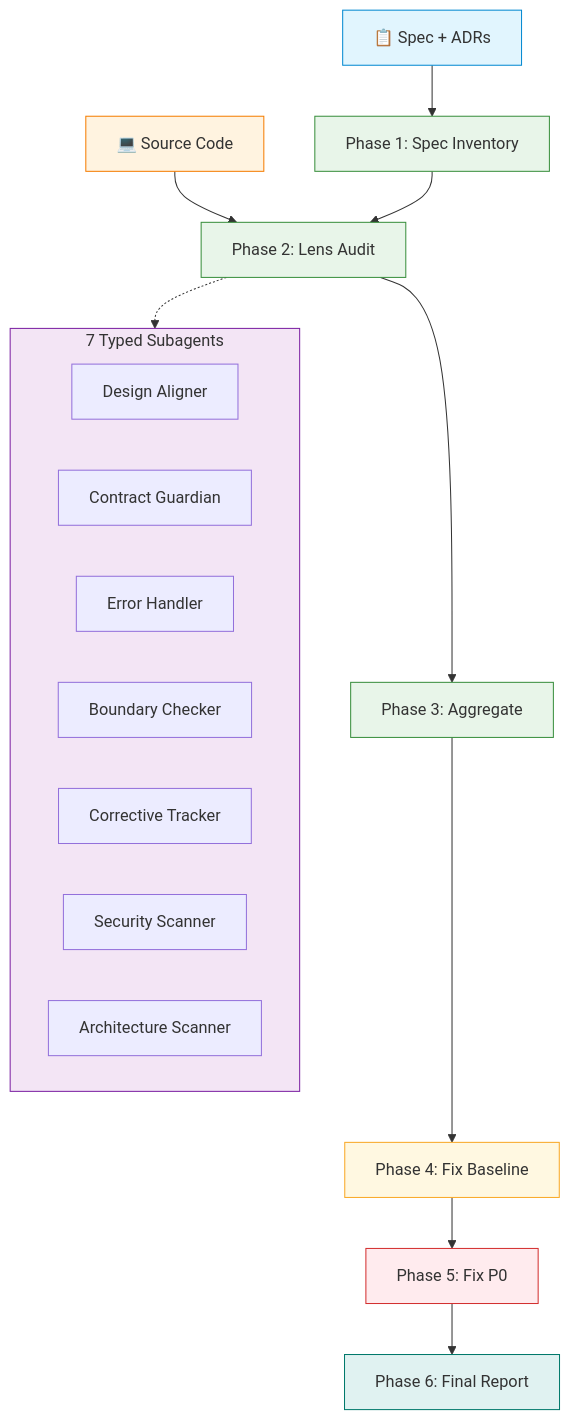
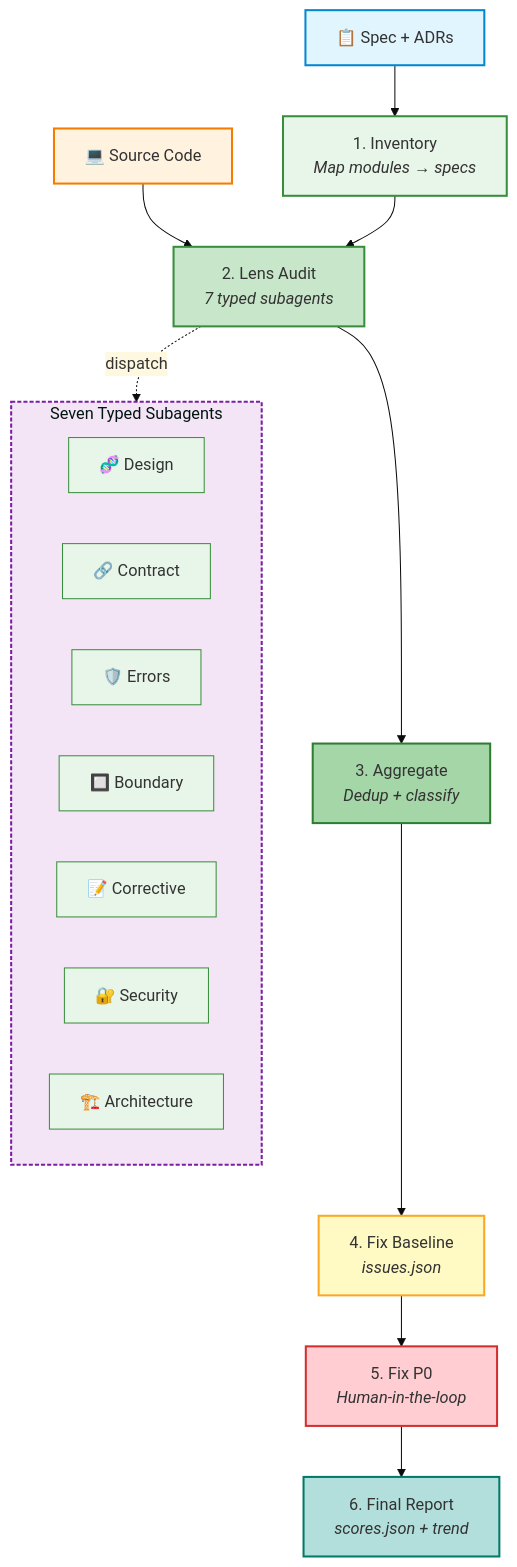
Before and after one commit to StormstoutLau/audit-driven-development: the third of 5 diagrams in README.md, drawn with Mermaid. The commit also changed other lines of this file, not shown here.

First line of the commit message:
docs(v1.0): README huashu-design visual optimization pass

````diff
--- a/README.md
+++ b/README.md
@@ -83,31 +152,43 @@
 ```mermaid
+---
+config:
+  theme: base
+  themeVariables:
+    primaryColor: "#e8f5e9"
+    primaryBorderColor: "#388e3c"
+    secondaryColor: "#fff8e1"
+    secondaryBorderColor: "#f9a825"
+    tertiaryColor: "#ffebee"
+    tertiaryBorderColor: "#d32f2f"
+---
 flowchart TB
-    S["📋 Spec + ADRs"] --> P1["Phase 1: Spec Inventory"]
+    S["📋 Spec + ADRs"] --> P1["1. Inventory<br><i>Map modules → specs</i>"]
     C["💻 Source Code"] --> P2
-    P1 --> P2["Phase 2: Lens Audit"]
-    P2 --> P3["Phase 3: Aggregate"]
-    P3 --> P4["Phase 4: Fix Baseline"]
-    P4 --> P5["Phase 5: Fix P0"]
-    P5 --> P6["Phase 6: Final Report"]
+    P1 --> P2["2. Lens Audit<br><i>7 typed subagents</i>"]
+    P2 --> P3["3. Aggregate<br><i>Dedup + classify</i>"]
+    P3 --> P4["4. Fix Baseline<br><i>issues.json</i>"]
+    P4 --> P5["5. Fix P0<br><i>Human-in-the-loop</i>"]
+    P5 --> P6["6. Final Report<br><i>scores.json + trend</i>"]
 
-    subgraph Lens["7 Typed Subagents"]
-        L1["Design Aligner"]
-        L2["Contract Guardian"]
-        L3["Error Handler"]
-        L4["Boundary Checker"]
-        L5["Corrective Tracker"]
-        L6["Security Scanner"]
-        L7["Architecture Scanner"]
+    subgraph Lens["Seven Typed Subagents"]
+        direction LR
+        L1["🧬 Design"]
+        L2["🔗 Contract"]
+        L3["🛡️ Errors"]
+        L4["🔲 Boundary"]
+        L5["📝 Corrective"]
+        L6["🔐 Security"]
+        L7["🏗️ Architecture"]
     end
-    P2 -.-> Lens
+    P2 -.->|dispatch| Lens
 
-    style S fill:#e1f5fe,stroke:#0288d1
-    style C fill:#fff3e0,stroke:#f57c00
-    style Lens fill:#f3e5f5,stroke:#7b1fa2
-    style P1 fill:#e8f5e9,stroke:#388e3c
-    style P2 fill:#e8f5e9,stroke:#388e3c
-    style P3 fill:#e8f5e9,stroke:#388e3c
-    style P4 fill:#fff8e1,stroke:#f9a825
-    style P5 fill:#ffebee,stroke:#d32f2f
-    style P6 fill:#e0f2f1,stroke:#00796b
+    style S fill:#e1f5fe,stroke:#0288d1,stroke-width:2px
+    style C fill:#fff3e0,stroke:#f57c00,stroke-width:2px
+    style Lens fill:#f3e5f5,stroke:#7b1fa2,stroke-width:2px,stroke-dasharray: 4 2
+    style P1 fill:#e8f5e9,stroke:#388e3c,stroke-width:2px
+    style P2 fill:#c8e6c9,stroke:#388e3c,stroke-width:2px
+    style P3 fill:#a5d6a7,stroke:#2e7d32,stroke-width:2px
+    style P4 fill:#fff9c4,stroke:#f9a825,stroke-width:2px
+    style P5 fill:#ffcdd2,stroke:#d32f2f,stroke-width:2px
+    style P6 fill:#b2dfdb,stroke:#00796b,stroke-width:2px
 ```
````
